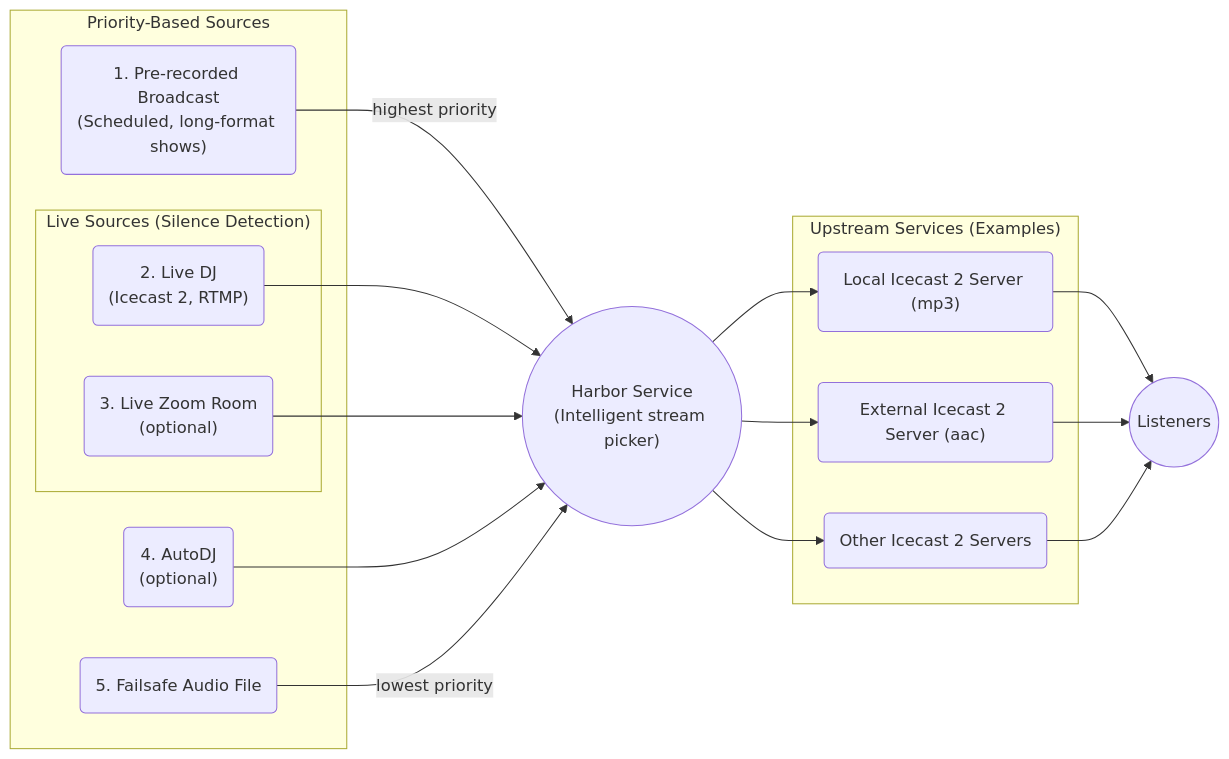
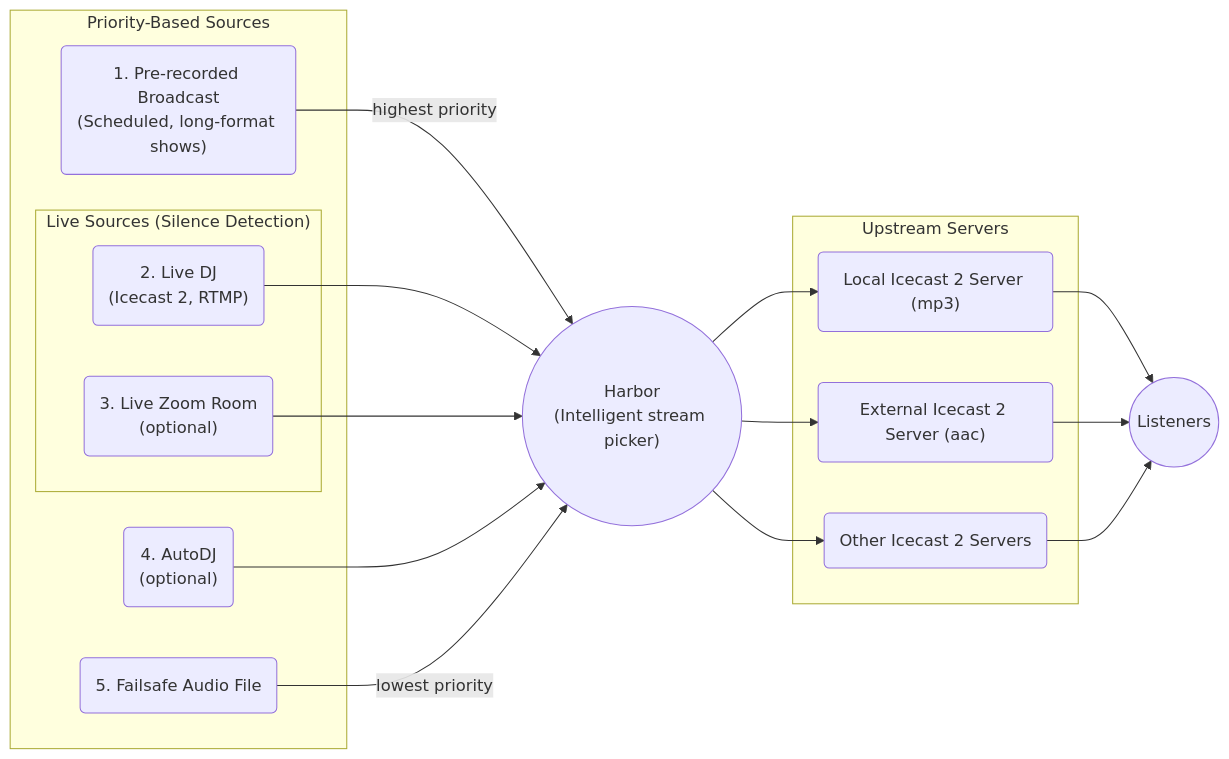
One commit to dtcooper/crazyarms changed the diagram in docs/index.md. Above: the diagram before and after it, drawn with Mermaid. The commit also changed other lines of this file and 6 other files, not shown here.

````diff
--- a/docs/index.md
+++ b/docs/index.md
@@ -44,36 +91,36 @@
-```mermaid
-flowchart LR
-    subgraph sources ["Priority-Based Sources"]
-        prerecord("1. Pre-recorded Broadcast<br>(Scheduled, long-format shows)")
-        subgraph live-sources ["Live Sources (Silence Detection)"]
-            dj("2. Live DJ<br>(Icecast 2, RTMP)")
-            zoom("3. Live Zoom Room<br>(optional)")
+    ```mermaid
+    flowchart LR
+        subgraph sources ["Priority-Based Sources"]
+            prerecord("1. Pre-recorded Broadcast<br>(Scheduled, long-format shows)")
+            subgraph live-sources ["Live Sources (Silence Detection)"]
+                dj("2. Live DJ<br>(Icecast 2, RTMP)")
+                zoom("3. Live Zoom Room<br>(optional)")
+            end
+            autodj("4. AutoDJ<br>(optional)")
+            failsafe(5. Failsafe Audio File)
         end
-        autodj("4. AutoDJ<br>(optional)")
-        failsafe(5. Failsafe Audio File)
-    end
 
-    harbor(("Harbor Service<br>(Intelligent stream picker)"))
+        harbor(("Harbor<br>(Intelligent stream picker)"))
 
-    prerecord -->|highest priority| harbor
-    dj --> harbor
-    zoom --> harbor
-    autodj --> harbor
-    failsafe -->|lowest priority| harbor
+        prerecord -->|highest priority| harbor
+        dj --> harbor
+        zoom --> harbor
+        autodj --> harbor
+        failsafe -->|lowest priority| harbor
 
-    subgraph upstreams ["Upstream Services (Examples)"]
-        icecast1("Local Icecast 2 Server (mp3)")
-        icecast2("External Icecast 2 Server (aac)")
-        icecastOthers("Other Icecast 2 Servers")
-    end
+        subgraph upstreams ["Upstream Servers"]
+            icecast1("Local Icecast 2 Server (mp3)")
+            icecast2("External Icecast 2 Server (aac)")
+            icecastOthers("Other Icecast 2 Servers")
+        end
 
-    harbor --> icecast1
-    harbor --> icecast2
-    harbor --> icecastOthers
+        harbor --> icecast1
+        harbor --> icecast2
+        harbor --> icecastOthers
 
-    listeners(("Listeners"))
+        listeners(("Listeners"))
 
-    icecast1 --> listeners
-    icecast2 --> listeners
-    icecastOthers --> listeners
-```
+        icecast1 --> listeners
+        icecast2 --> listeners
+        icecastOthers --> listeners
+    ```
````
